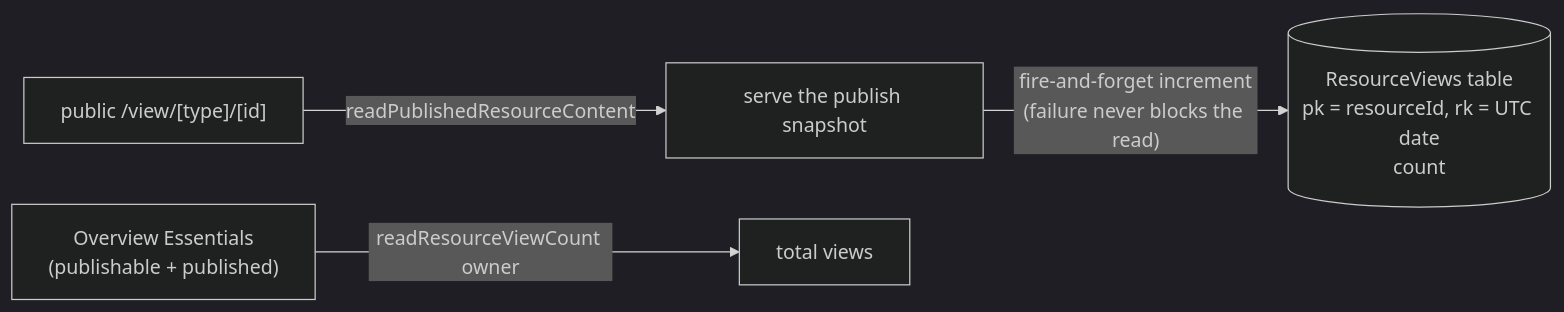
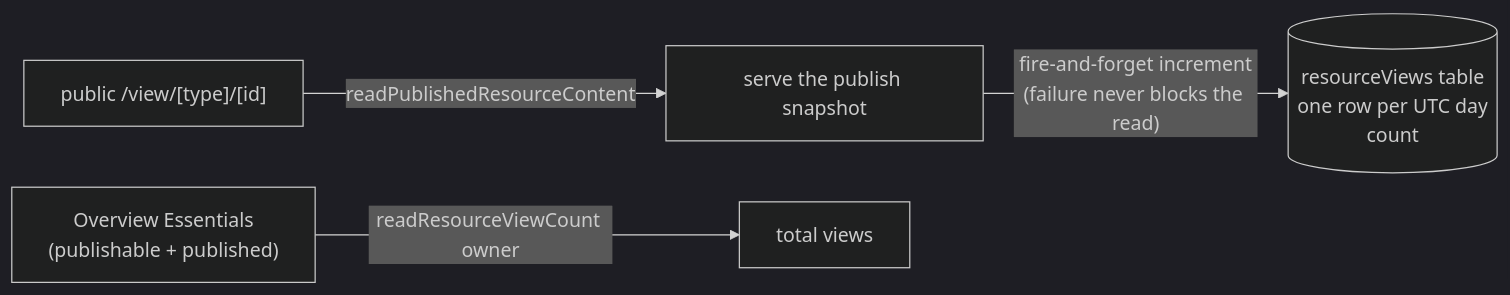
The diagram in openspec/specs/resource/published-view-analytics/design.md (Esposter/Esposter), drawn with Mermaid (dark theme) before and after one commit. The commit also changed other lines of this file and 22 other files, not shown here.

````diff
--- a/openspec/specs/resource/published-view-analytics/design.md
+++ b/openspec/specs/resource/published-view-analytics/design.md
@@ -9,6 +9,6 @@
 ```mermaid
 flowchart LR
   VIEWER["public /view/[type]/[id]"] -->|readPublishedResourceContent| SERVE["serve the publish snapshot"]
-  SERVE -->|"fire-and-forget increment<br/>(failure never blocks the read)"| AT[("ResourceViews table<br/>pk = resourceId, rk = UTC date<br/>count")]
+  SERVE -->|"fire-and-forget increment<br/>(failure never blocks the read)"| RV[("resourceViews table<br/>one row per UTC day<br/>count")]
   OV["Overview Essentials<br/>(publishable + published)"] -->|readResourceViewCount owner| SUM["total views"]
 ```
````
